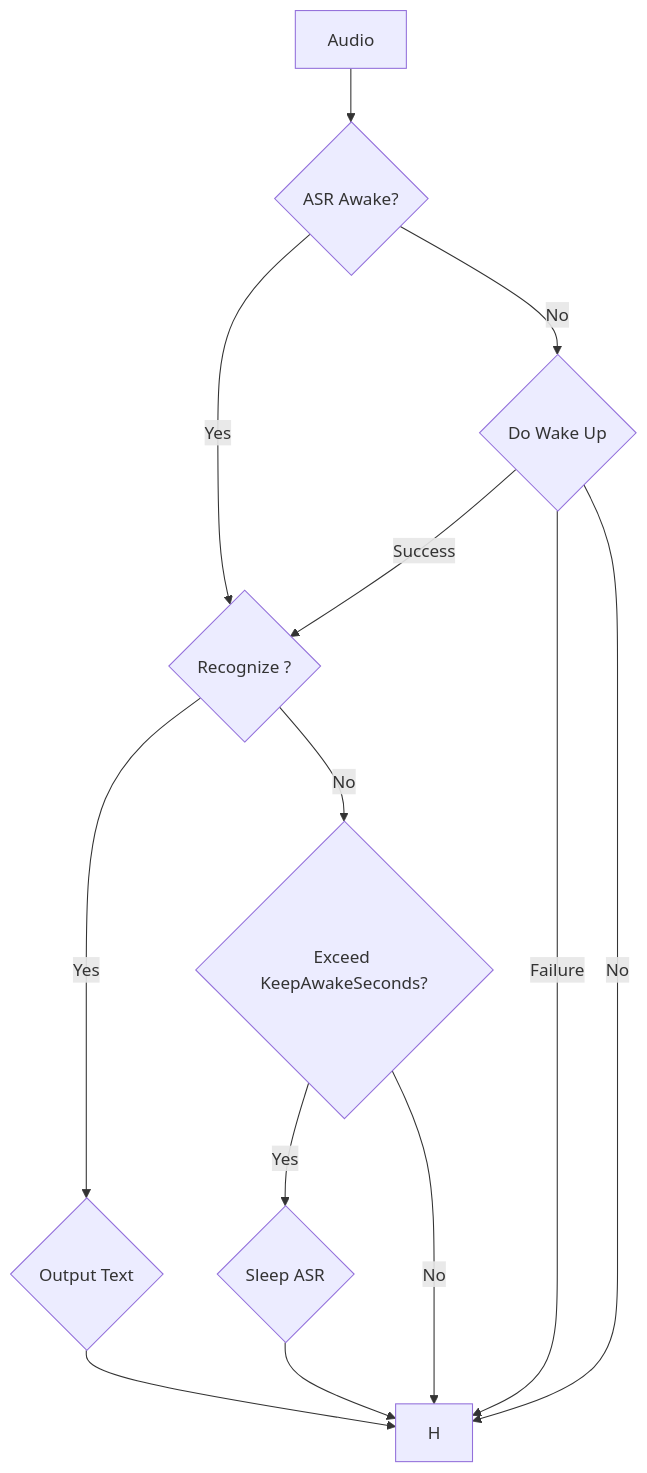
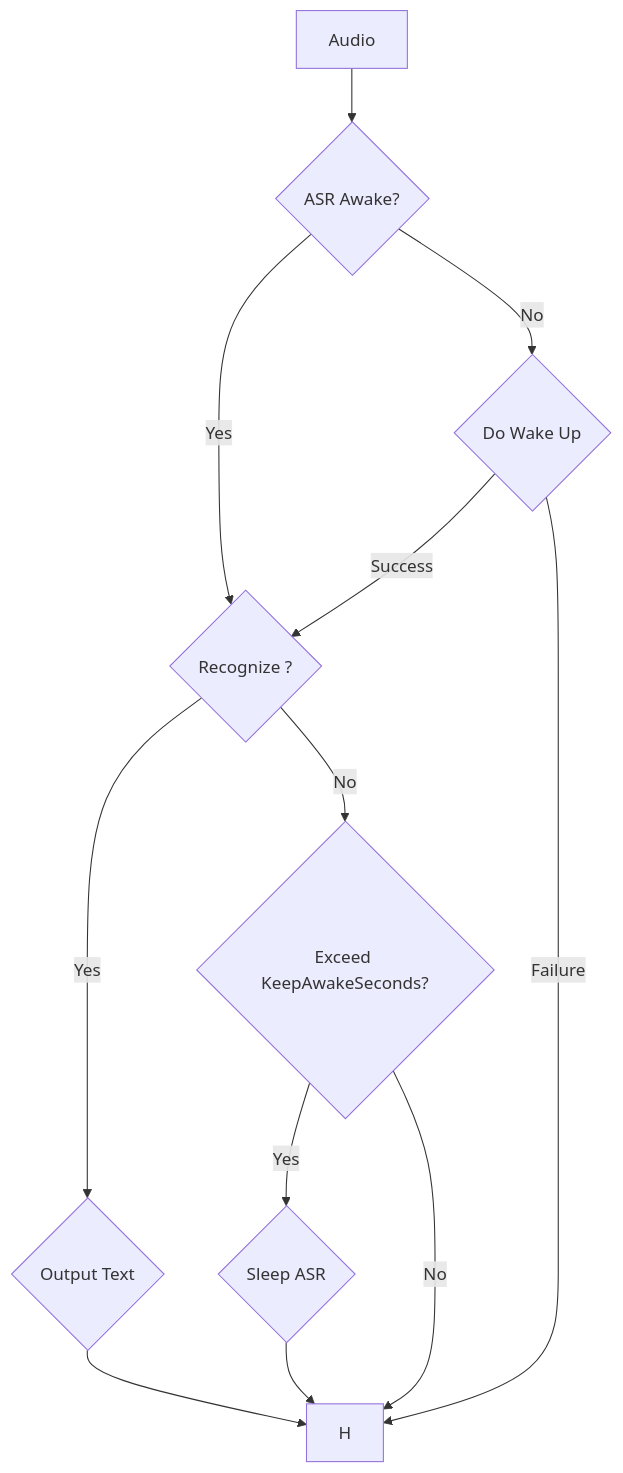
The diagram in docs/speech/wakeup.md (endink/Mediapipe4u-plugin), drawn with Mermaid before and after one commit.

````diff
--- a/docs/speech/wakeup.md
+++ b/docs/speech/wakeup.md
@@ -63,20 +63,18 @@
 ``` mermaid
 graph TD
   A[Audio] --> B{ASR Awake?};
   B --> |Yes| D{Recognize ?};
   B --> |No| C{Do Wake Up}
   C --> |Success| D
   C --> |Failure| H
 
   D -->|Yes| E{Output Text};
   E --> H
  
   D -->|No| F{Exceed KeepAwakeSeconds?};
 
   F --> |Yes| G{Sleep ASR}
   G --> H
   F --> |No| H
   
-  C ---->|No| H;
-  
 ```
````
